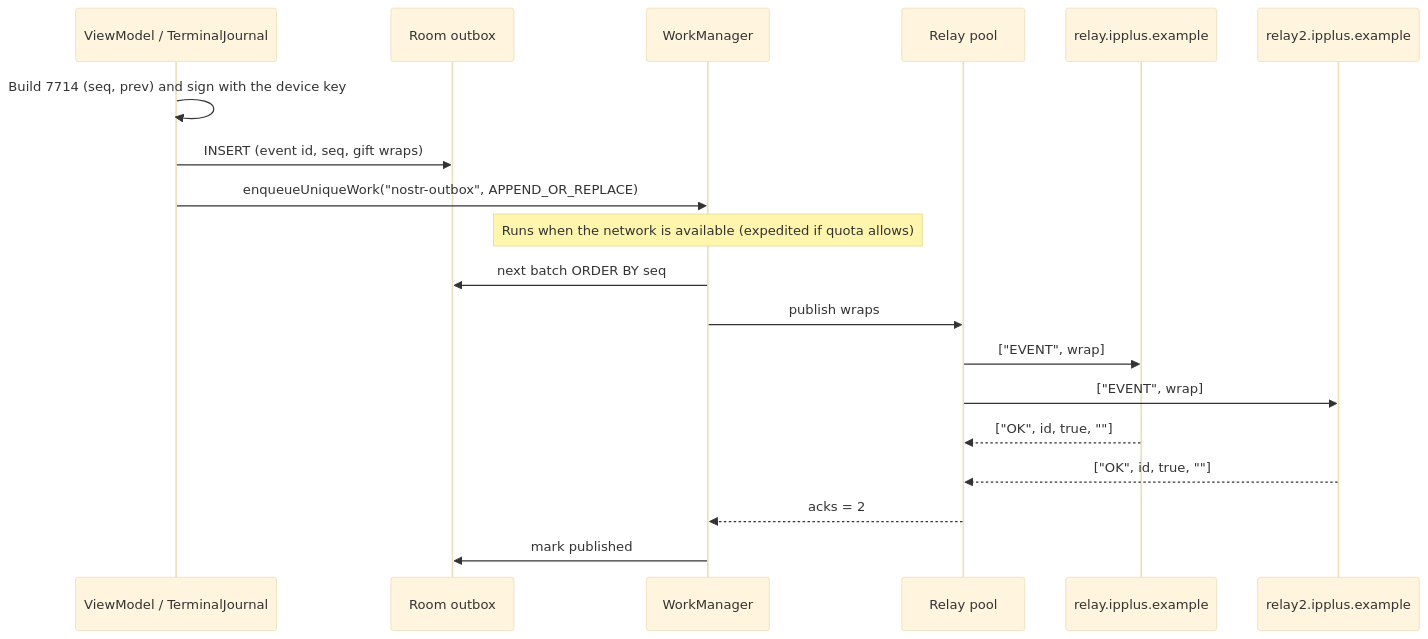
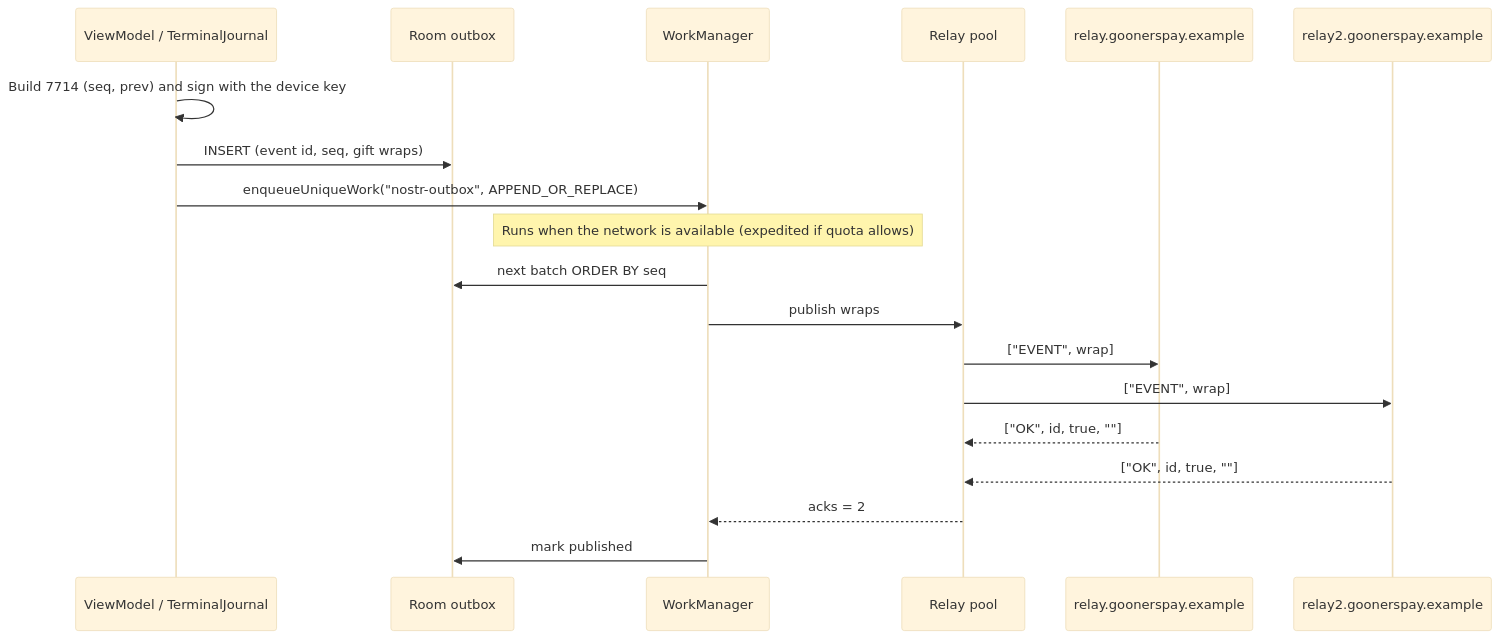
The fourth of 6 diagrams in payments/docs/05-mobile.md (monolito123/Gooners), drawn with Mermaid (base theme) before and after one commit. The commit also changed other lines of this file and 60 other files, not shown here.

````diff
--- a/payments/docs/05-mobile.md
+++ b/payments/docs/05-mobile.md
@@ -204,21 +204,21 @@
 ```mermaid
 sequenceDiagram
   participant VM as ViewModel / TerminalJournal
   participant DB as Room outbox
   participant WM as WorkManager
   participant RP as Relay pool
-  participant R1 as relay.ipplus.example
-  participant R2 as relay2.ipplus.example
+  participant R1 as relay.goonerspay.example
+  participant R2 as relay2.goonerspay.example
   VM->>VM: Build 7714 (seq, prev) and sign with the device key
   VM->>DB: INSERT (event id, seq, gift wraps)
   VM->>WM: enqueueUniqueWork("nostr-outbox", APPEND_OR_REPLACE)
   Note over WM: Runs when the network is available (expedited if quota allows)
   WM->>DB: next batch ORDER BY seq
   WM->>RP: publish wraps
   RP->>R1: ["EVENT", wrap]
   RP->>R2: ["EVENT", wrap]
   R1-->>RP: ["OK", id, true, ""]
   R2-->>RP: ["OK", id, true, ""]
   RP-->>WM: acks = 2
   WM->>DB: mark published
 ```
````
